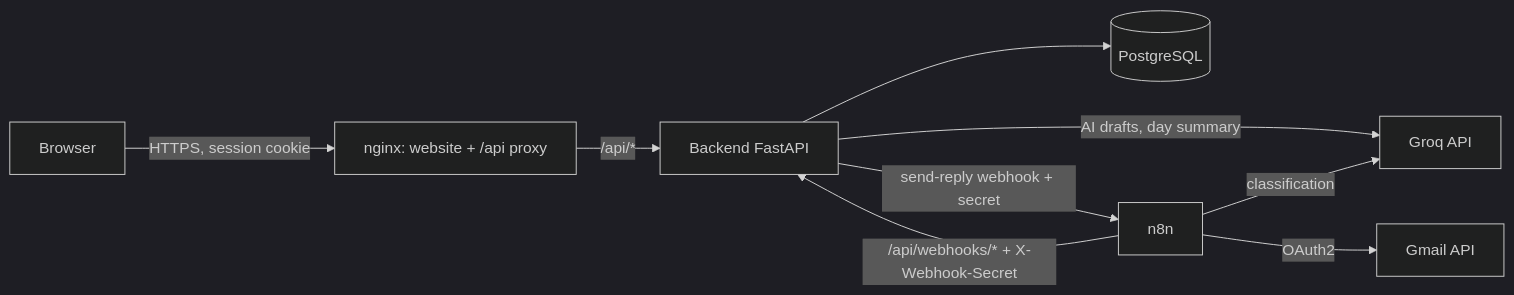
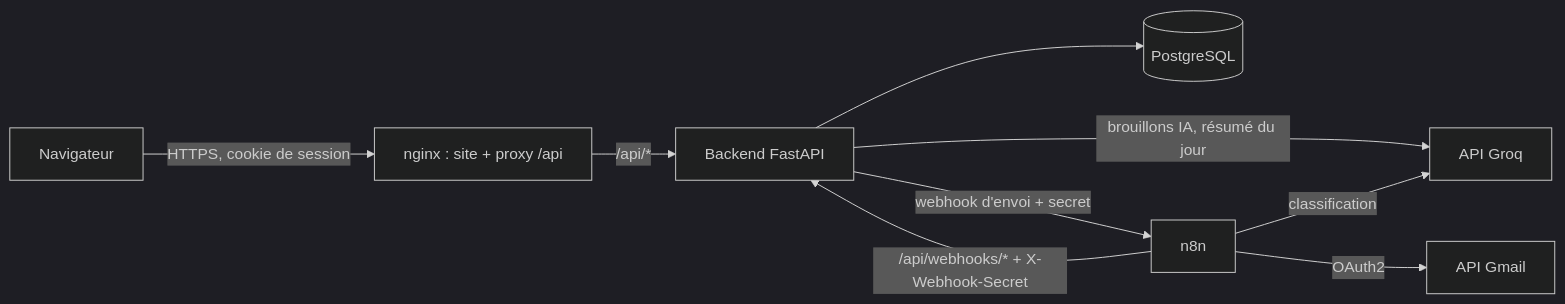
One commit to ameer-qureshi/inbox-assistant changed the first of 2 diagrams in RAPPORT.md. Above: the diagram before and after it, drawn with Mermaid (dark theme). The commit also changed other lines of this file and 2 other files, not shown here.

````diff
--- a/RAPPORT.md
+++ b/RAPPORT.md
@@ -19,11 +21,11 @@
 ```mermaid
 flowchart LR
-    U[Browser] -->|"HTTPS, session cookie"| W["nginx: website + /api proxy"]
+    U[Navigateur] -->|"HTTPS, cookie de session"| W["nginx : site + proxy /api"]
     W -->|"/api/*"| B[Backend FastAPI]
     B --> DB[(PostgreSQL)]
-    B -->|"AI drafts, day summary"| G[Groq API]
+    B -->|"brouillons IA, résumé du jour"| G[API Groq]
     N[n8n] -->|"/api/webhooks/* + X-Webhook-Secret"| B
-    B -->|"send-reply webhook + secret"| N
-    N -->|"OAuth2"| GM[Gmail API]
+    B -->|"webhook d'envoi + secret"| N
+    N -->|"OAuth2"| GM[API Gmail]
     N -->|"classification"| G
 ```
````
